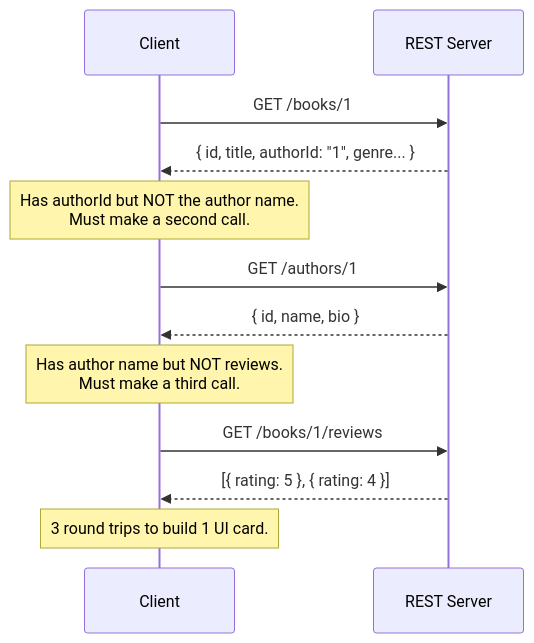
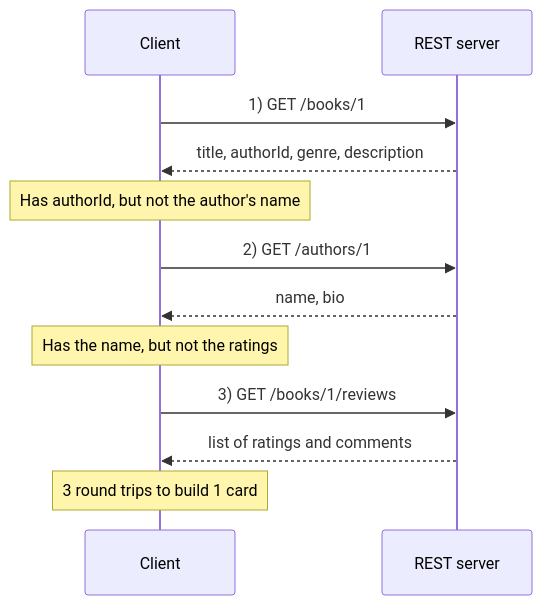
Before and after one commit to vaisakh-vn/api-comparison: the third of 13 diagrams in README.md, drawn with Mermaid. The commit also changed other lines of this file, not shown here.

First line of the commit message:
Fix README diagram colors and correct gRPC comparison

````diff
--- a/README.md
+++ b/README.md
@@ -134,17 +138,17 @@
 ```mermaid
 sequenceDiagram
     participant C as Client
-    participant S as REST Server
+    participant S as REST server
 
-    C->>S: GET /books/1
-    S-->>C: { id, title, authorId: "1", genre... }
-    Note over C: Has authorId but NOT the author name.<br/>Must make a second call.
+    C->>S: 1) GET /books/1
+    S-->>C: title, authorId, genre, description
+    Note over C: Has authorId, but not the author's name
 
-    C->>S: GET /authors/1
-    S-->>C: { id, name, bio }
-    Note over C: Has author name but NOT reviews.<br/>Must make a third call.
+    C->>S: 2) GET /authors/1
+    S-->>C: name, bio
+    Note over C: Has the name, but not the ratings
 
-    C->>S: GET /books/1/reviews
-    S-->>C: [{ rating: 5 }, { rating: 4 }]
-    Note over C: 3 round trips to build 1 UI card.
+    C->>S: 3) GET /books/1/reviews
+    S-->>C: list of ratings and comments
+    Note over C: 3 round trips to build 1 card
 ```
````
